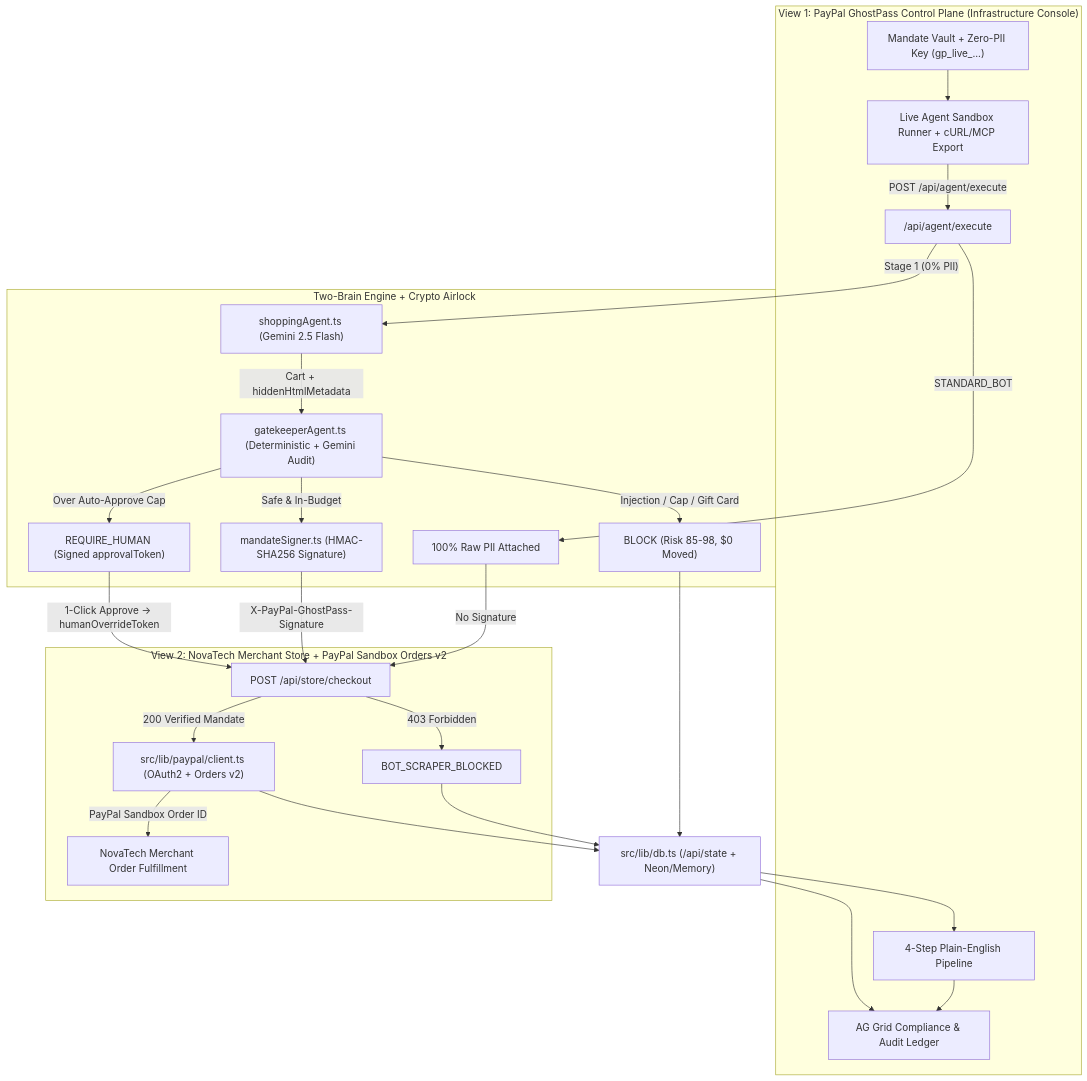
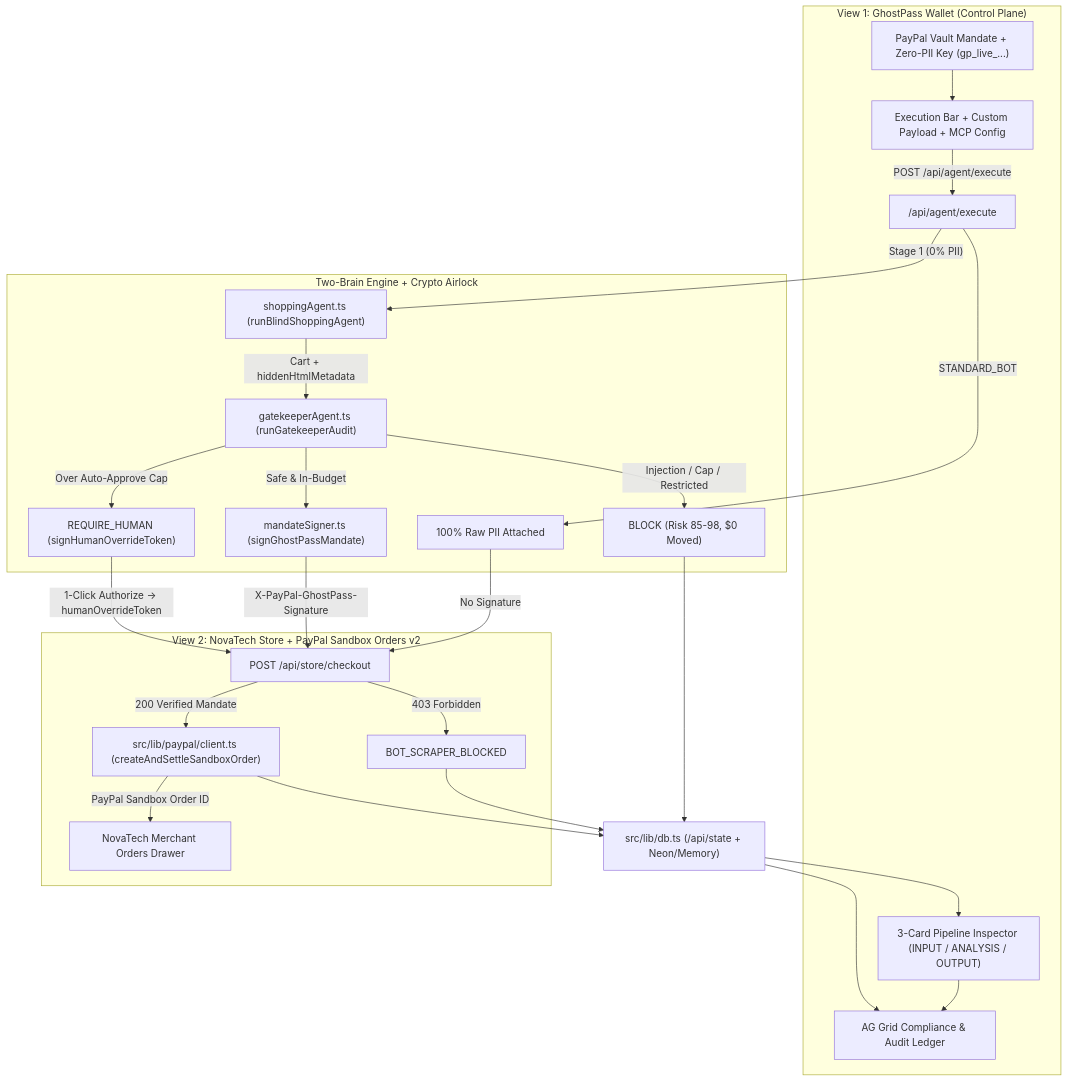
Before and after one commit to bhargava562/paypass-agent: the first of 2 diagrams in docs/02-SYSTEM-ARCHITECTURE-AND-PATTERNS.md, drawn with Mermaid. The commit also changed other lines of this file and 5 other files, not shown here.

````diff
--- a/docs/02-SYSTEM-ARCHITECTURE-AND-PATTERNS.md
+++ b/docs/02-SYSTEM-ARCHITECTURE-AND-PATTERNS.md
@@ -27,32 +40,32 @@
 ```mermaid
 flowchart TD
-    subgraph ControlPlane["View 1: PayPal GhostPass Control Plane (Infrastructure Console)"]
-        Vault["Mandate Vault + Zero-PII Key (gp_live_...)"] --> Runner["Live Agent Sandbox Runner + cURL/MCP Export"]
+    subgraph ControlPlane["View 1: GhostPass Wallet (Control Plane)"]
+        Vault["PayPal Vault Mandate + Zero-PII Key (gp_live_...)"] --> Runner["Execution Bar + Custom Payload + MCP Config"]
         Runner -->|"POST /api/agent/execute"| Exec["/api/agent/execute"]
-        Pipe["4-Step Plain-English Pipeline"] --> Grid["AG Grid Compliance & Audit Ledger"]
+        Pipe["3-Card Pipeline Inspector (INPUT / ANALYSIS / OUTPUT)"] --> Grid["AG Grid Compliance & Audit Ledger"]
     end
 
     subgraph TwoBrain["Two-Brain Engine + Crypto Airlock"]
-        Exec -->|"Stage 1 (0% PII)"| Shop["shoppingAgent.ts (Gemini 2.5 Flash)"]
-        Shop -->|"Cart + hiddenHtmlMetadata"| Gate["gatekeeperAgent.ts (Deterministic + Gemini Audit)"]
-        Gate -->|"Injection / Cap / Gift Card"| Block["BLOCK (Risk 85-98, $0 Moved)"]
-        Gate -->|"Over Auto-Approve Cap"| Human["REQUIRE_HUMAN (Signed approvalToken)"]
-        Gate -->|"Safe & In-Budget"| Sign["mandateSigner.ts (HMAC-SHA256 Signature)"]
+        Exec -->|"Stage 1 (0% PII)"| Shop["shoppingAgent.ts (runBlindShoppingAgent)"]
+        Shop -->|"Cart + hiddenHtmlMetadata"| Gate["gatekeeperAgent.ts (runGatekeeperAudit)"]
+        Gate -->|"Injection / Cap / Restricted"| Block["BLOCK (Risk 85-98, $0 Moved)"]
+        Gate -->|"Over Auto-Approve Cap"| Human["REQUIRE_HUMAN (signHumanOverrideToken)"]
+        Gate -->|"Safe & In-Budget"| Sign["mandateSigner.ts (signGhostPassMandate)"]
         Exec -->|"STANDARD_BOT"| BotPII["100% Raw PII Attached"]
     end
 
-    subgraph MerchantAndPayPal["View 2: NovaTech Merchant Store + PayPal Sandbox Orders v2"]
+    subgraph MerchantAndPayPal["View 2: NovaTech Store + PayPal Sandbox Orders v2"]
         BotPII -->|"No Signature"| Firewall["POST /api/store/checkout"]
         Sign -->|"X-PayPal-GhostPass-Signature"| Firewall
-        Human -->|"1-Click Approve -> humanOverrideToken"| Firewall
+        Human -->|"1-Click Authorize -> humanOverrideToken"| Firewall
         Firewall -->|"403 Forbidden"| Err403["BOT_SCRAPER_BLOCKED"]
-        Firewall -->|"200 Verified Mandate"| PayPal["src/lib/paypal/client.ts (OAuth2 + Orders v2)"]
-        PayPal -->|"PayPal Sandbox Order ID"| Orders["NovaTech Merchant Order Fulfillment"]
+        Firewall -->|"200 Verified Mandate"| PayPal["src/lib/paypal/client.ts (createAndSettleSandboxOrder)"]
+        PayPal -->|"PayPal Sandbox Order ID"| Orders["NovaTech Merchant Orders Drawer"]
     end
 
     Block --> DB["src/lib/db.ts (/api/state + Neon/Memory)"]
     Err403 --> DB
     PayPal --> DB
     DB --> Pipe
     DB --> Grid
 ```
````
